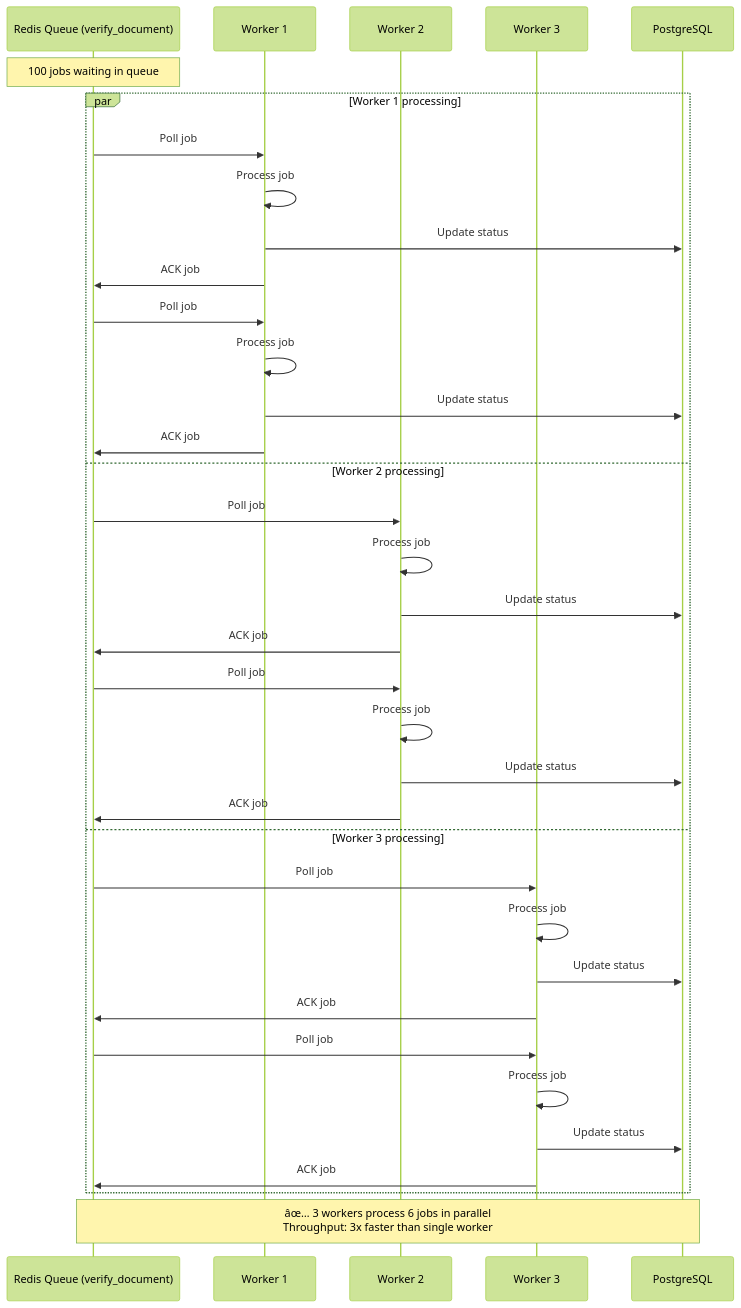
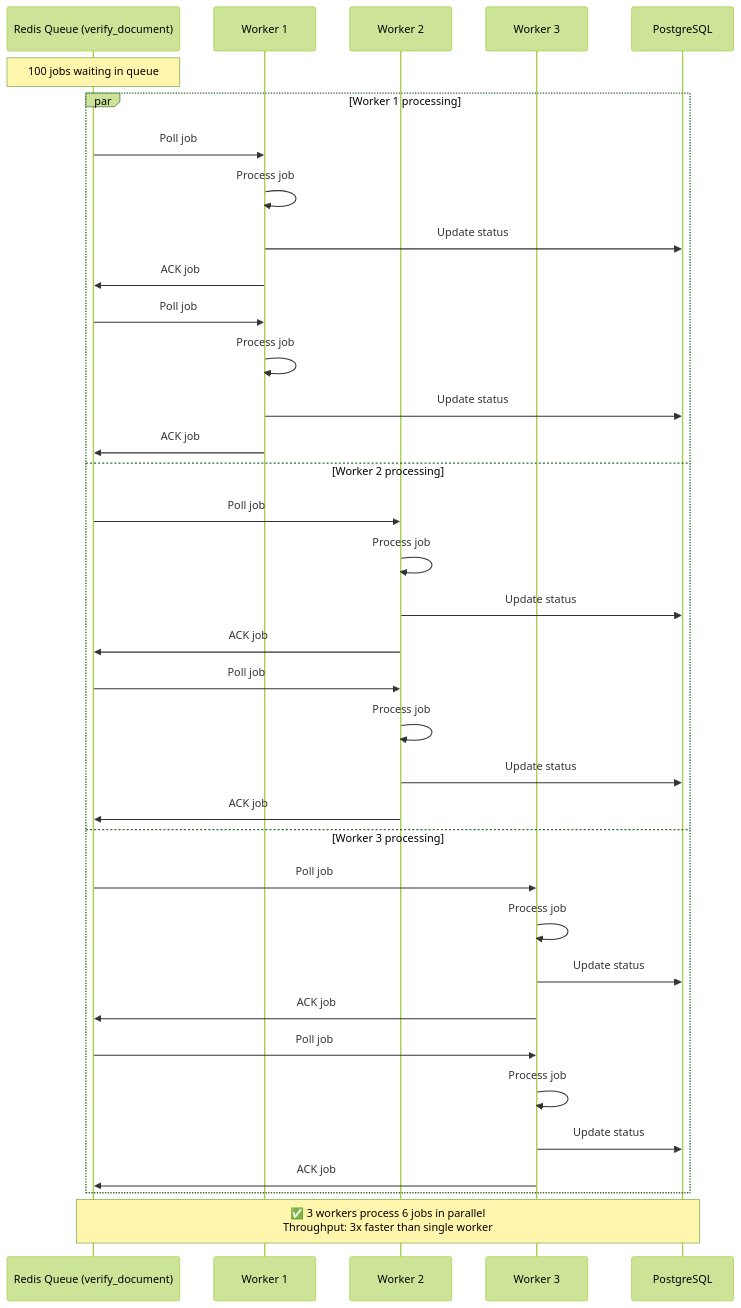
The eighth of 11 diagrams in backend/docs/SYSTEM_FLOW_AFTER_PATTERNS.md (huytu0702/university_admission_portal), drawn with Mermaid (forest theme) before and after one commit. The commit also changed other lines of this file, not shown here.

````diff
--- a/backend/docs/SYSTEM_FLOW_AFTER_PATTERNS.md
+++ b/backend/docs/SYSTEM_FLOW_AFTER_PATTERNS.md
@@ -1269,41 +1269,41 @@
 ```mermaid
 sequenceDiagram
     participant Q as Redis Queue (verify_document)
     participant W1 as Worker 1
     participant W2 as Worker 2
     participant W3 as Worker 3
     participant DB as PostgreSQL
     
     Note over Q: 100 jobs waiting in queue
     
     par Worker 1 processing
         Q->>W1: Poll job #1
         W1->>W1: Process job #1
         W1->>DB: Update status
         W1->>Q: ACK job #1
         Q->>W1: Poll job #4
         W1->>W1: Process job #4
         W1->>DB: Update status
         W1->>Q: ACK job #4
     and Worker 2 processing
         Q->>W2: Poll job #2
         W2->>W2: Process job #2
         W2->>DB: Update status
         W2->>Q: ACK job #2
         Q->>W2: Poll job #5
         W2->>W2: Process job #5
         W2->>DB: Update status
         W2->>Q: ACK job #5
     and Worker 3 processing
         Q->>W3: Poll job #3
         W3->>W3: Process job #3
         W3->>DB: Update status
         W3->>Q: ACK job #3
         Q->>W3: Poll job #6
         W3->>W3: Process job #6
         W3->>DB: Update status
         W3->>Q: ACK job #6
     end
     
-    Note over Q,DB: âœ… 3 workers process 6 jobs in parallel<br/>Throughput: 3x faster than single worker
+    Note over Q,DB: ✅ 3 workers process 6 jobs in parallel<br/>Throughput: 3x faster than single worker
 ```
````
